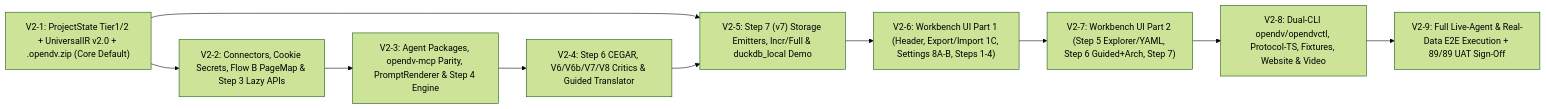
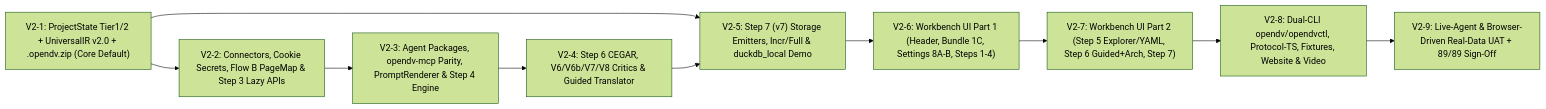
One commit to nogoo9/open-dv changed the diagram in docs/33-v2-phased-implementation-and-real-data-uat-plan.md. Above: the diagram before and after it, drawn with Mermaid (forest theme). The commit also changed other lines of this file, not shown here.

Commit message:
docs(plan): enhance v2.1 master implementation, contract, and browser uat plan

````diff
--- a/docs/33-v2-phased-implementation-and-real-data-uat-plan.md
+++ b/docs/33-v2-phased-implementation-and-real-data-uat-plan.md
@@ -40,12 +178,12 @@
 ```mermaid
 flowchart LR
   V1["V2-1: ProjectState Tier1/2 + UniversalIR v2.0 + .opendv.zip (Core Default)"] --> V2["V2-2: Connectors, Cookie Secrets, Flow B PageMap & Step 3 Lazy APIs"]
   V2 --> V3["V2-3: Agent Packages, opendv-mcp Parity, PromptRenderer & Step 4 Engine"]
   V3 --> V4["V2-4: Step 6 CEGAR, V6/V6b/V7/V8 Critics & Guided Translator"]
   V1 --> V5["V2-5: Step 7 (v7) Storage Emitters, Incr/Full & duckdb_local Demo"]
   V4 --> V5
-  V5 --> V6["V2-6: Workbench UI Part 1 (Header, Export/Import 1C, Settings 8A-B, Steps 1-4)"]
+  V5 --> V6["V2-6: Workbench UI Part 1 (Header, Bundle 1C, Settings 8A-B, Steps 1-4)"]
   V6 --> V7["V2-7: Workbench UI Part 2 (Step 5 Explorer/YAML, Step 6 Guided+Arch, Step 7)"]
   V7 --> V8["V2-8: Dual-CLI opendv/opendvctl, Protocol-TS, Fixtures, Website & Video"]
-  V8 --> V9["V2-9: Full Live-Agent & Real-Data E2E Execution + 89/89 UAT Sign-Off"]
+  V8 --> V9["V2-9: Live-Agent & Browser-Driven Real-Data UAT + 89/89 Sign-Off"]
 ```
````
